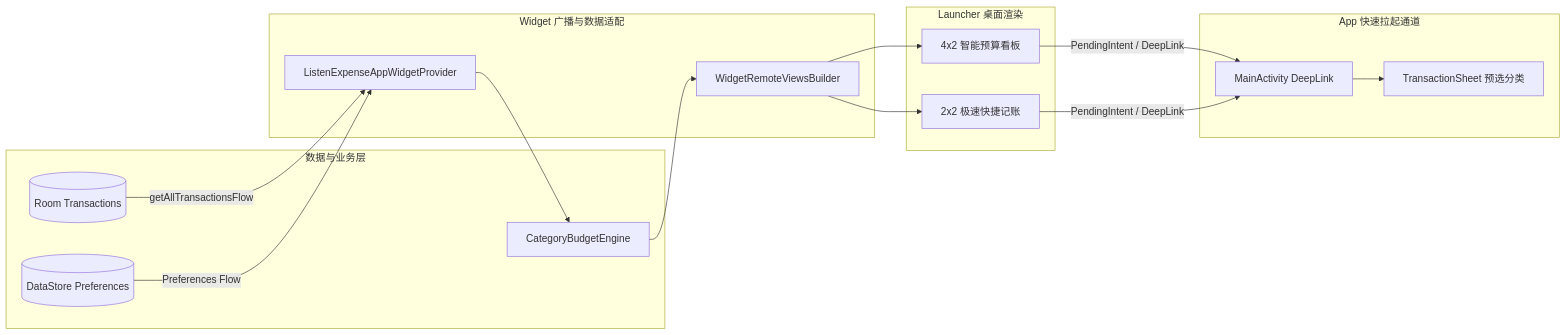
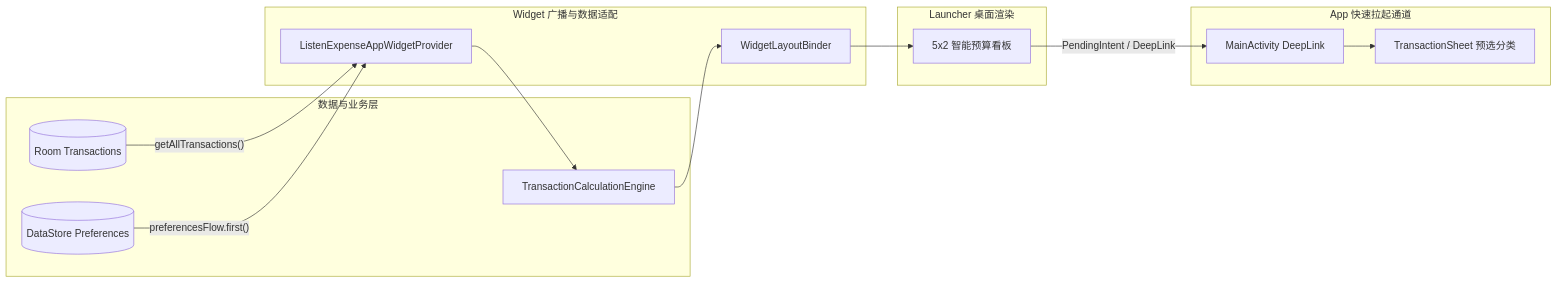
One commit to listen2code/ListenExpenseTracker changed the first of 2 diagrams in docs/app_widget_2_0_design.md. Above: the diagram before and after it, drawn with Mermaid. The commit also changed other lines of this file and 2 other files, not shown here.

First line of the commit message:
feat: optimize App Widget 2.0 with enhanced reliability and compatibility

````diff
--- a/docs/app_widget_2_0_design.md
+++ b/docs/app_widget_2_0_design.md
@@ -17,28 +19,27 @@
 ```mermaid
 flowchart LR
-    subgraph DataLayer [数据与业务层]
-        RoomDB[(Room Transactions)]
-        DataStore[(DataStore Preferences)]
-        Engine[CategoryBudgetEngine]
+    subgraph DataLayer ["数据与业务层"]
+        RoomDB[("Room Transactions")]
+        DataStore[("DataStore Preferences")]
+        Engine["TransactionCalculationEngine"]
     end
 
-    subgraph Provider [Widget 广播与数据适配]
-        WP[ListenExpenseAppWidgetProvider]
-        Builder[WidgetRemoteViewsBuilder]
+    subgraph Provider ["Widget 广播与数据适配"]
+        WP["ListenExpenseAppWidgetProvider"]
+        Builder["WidgetLayoutBinder"]
     end
 
-    subgraph UI [Launcher 桌面渲染]
-        Widget4x2[4x2 智能预算看板]
-        Widget2x2[2x2 极速快捷记账]
+    subgraph UI ["Launcher 桌面渲染"]
+        Widget5x2["5x2 智能预算看板"]
     end
 
-    subgraph AppEntry [App 快速拉起通道]
-        DeepLinkHandler[MainActivity DeepLink]
-        TxSheet[TransactionSheet 预选分类]
+    subgraph AppEntry ["App 快速拉起通道"]
+        DeepLinkHandler["MainActivity DeepLink"]
+        TxSheet["TransactionSheet 预选分类"]
     end
 
-    RoomDB -->|getAllTransactionsFlow| WP
-    DataStore -->|Preferences Flow| WP
-    WP --> Engine --> Builder --> Widget4x2 & Widget2x2
-    Widget4x2 & Widget2x2 -->|PendingIntent / DeepLink| DeepLinkHandler --> TxSheet
+    RoomDB -->|"getAllTransactions()"| WP
+    DataStore -->|"preferencesFlow.first()"| WP
+    WP --> Engine --> Builder --> Widget5x2
+    Widget5x2 -->|"PendingIntent / DeepLink"| DeepLinkHandler --> TxSheet
 ```
````
